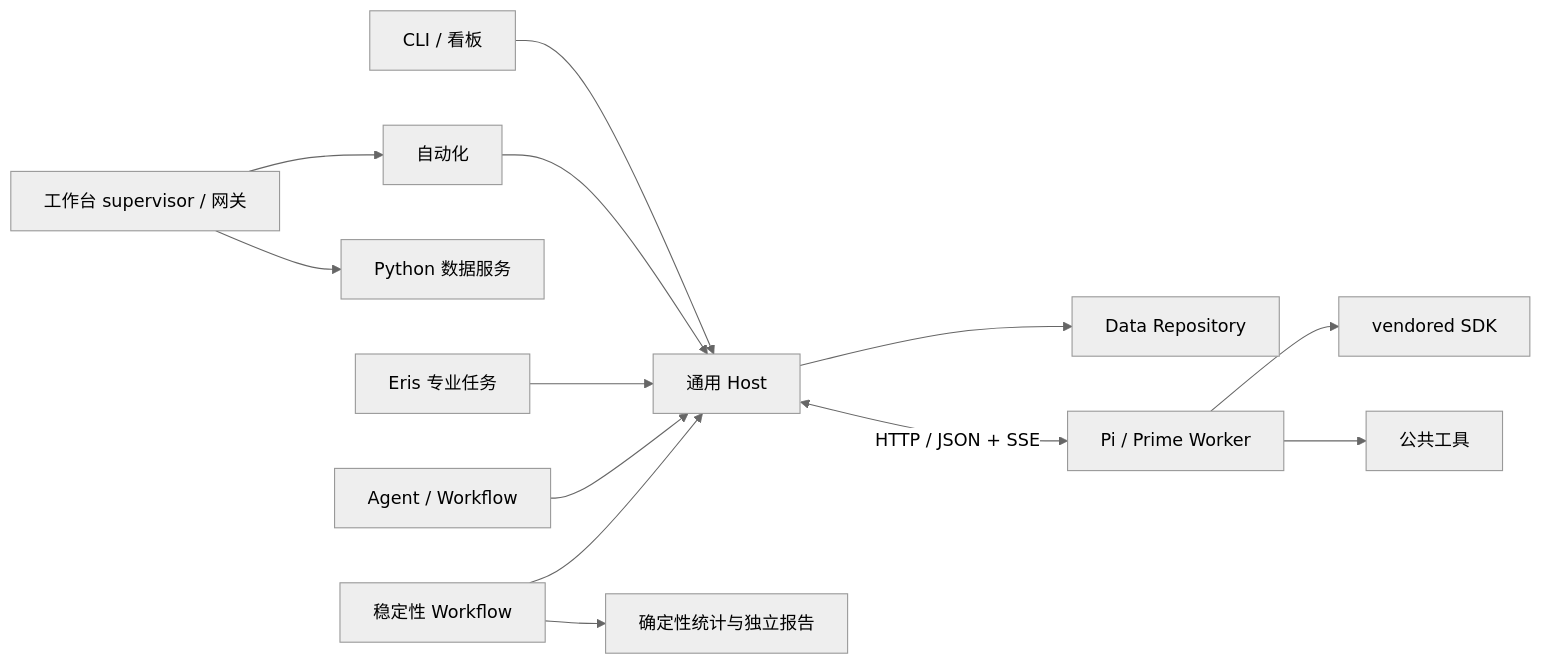
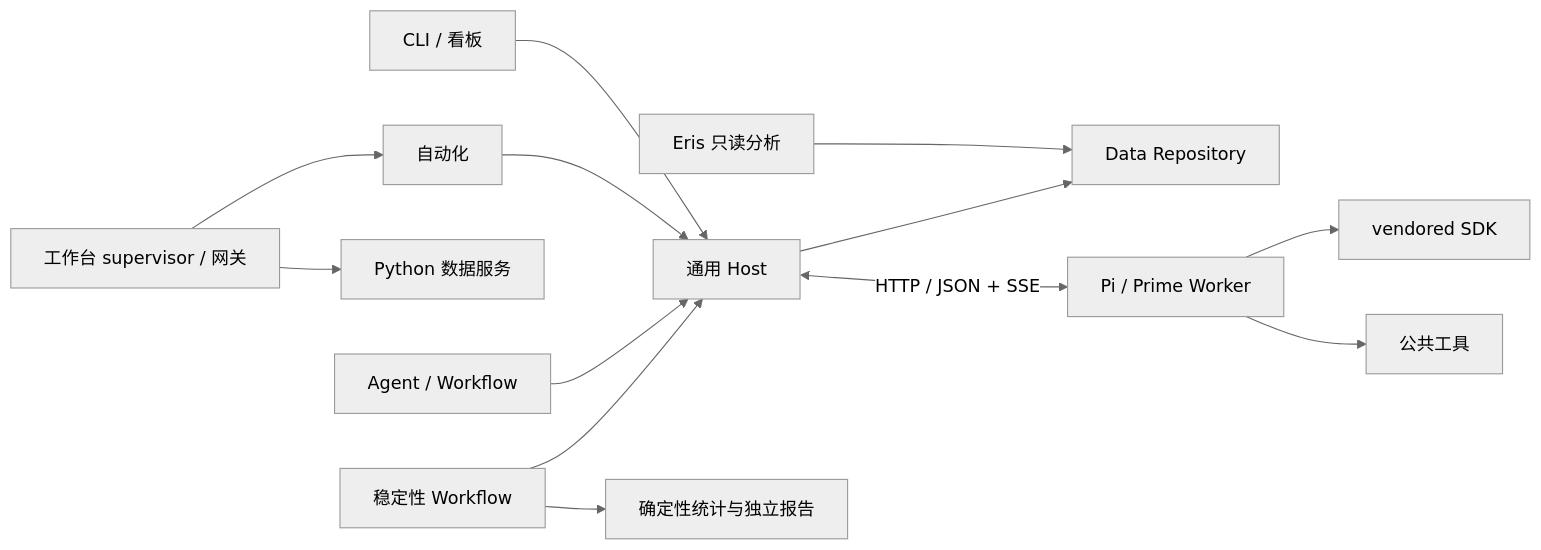
Before and after one commit to cmy-hhxx/agent_eval_harness: the diagram in docs/architecture.md, drawn with Mermaid (neutral theme). The commit also changed other lines of this file and 87 other files, not shown here.

````diff
--- a/docs/architecture.md
+++ b/docs/architecture.md
@@ -9,15 +9,15 @@
 ```mermaid
 flowchart LR
   CLI[CLI / 看板] --> Host[通用 Host]
   Automation[自动化] --> Host
 Workbench[工作台 supervisor / 网关] --> Automation
 Workbench --> DataService[Python 数据服务]
-  Eris[Eris 专业任务] --> Host
+  Eris[Eris 只读分析] --> Data
   Definitions[Agent / Workflow] --> Host
   Validation[稳定性 Workflow] --> Host
   Validation --> Statistics[确定性统计与独立报告]
   Host --> Data[Data Repository]
   Host <-->|HTTP / JSON + SSE| Worker[Pi / Prime Worker]
   Worker --> SDK[vendored SDK]
   Worker --> Tools[公共工具]
 ```
````
